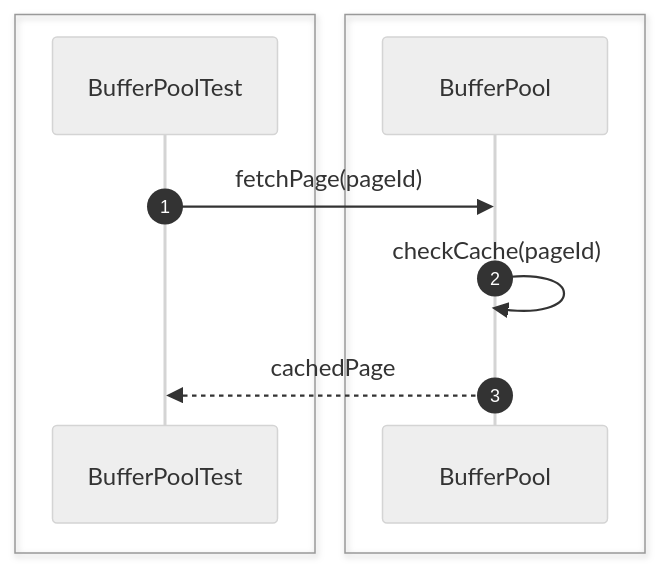
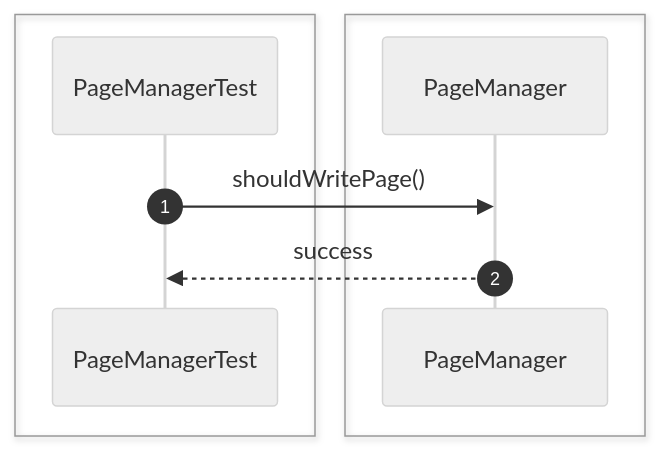
One commit to Huy1801214/dbms-architecture changed diagram 12 of 44 in src/sequence/storage-engine.md. Above: the diagram before and after it, drawn with Mermaid (neutral theme). The commit also changed other lines of this file and 68 other files, not shown here.

Commit message:
implement comprehensive unit test suite and architectural sequence documentation

````diff
--- a/src/sequence/storage-engine.md
+++ b/src/sequence/storage-engine.md
@@ -200,15 +173,13 @@
 ```mermaid
 sequenceDiagram
     autonumber
-
     box #e1f5fe Test Suite
-    participant Test as BufferPoolTest
+    participant Test as PageManagerTest
     end
-    box #e0f2f1 Storage Components
-    participant Buffer as BufferPool
+    box #e0f2f1 PageManager Component
+    participant PM as PageManager
     end
 
-    Test->>Buffer: fetchPage(pageId)
-    Buffer->>Buffer: checkCache(pageId)
-    Buffer-->>Test: cachedPage
+    Test->>PM: shouldWritePage()
+    PM-->>Test: success
 ```
````
